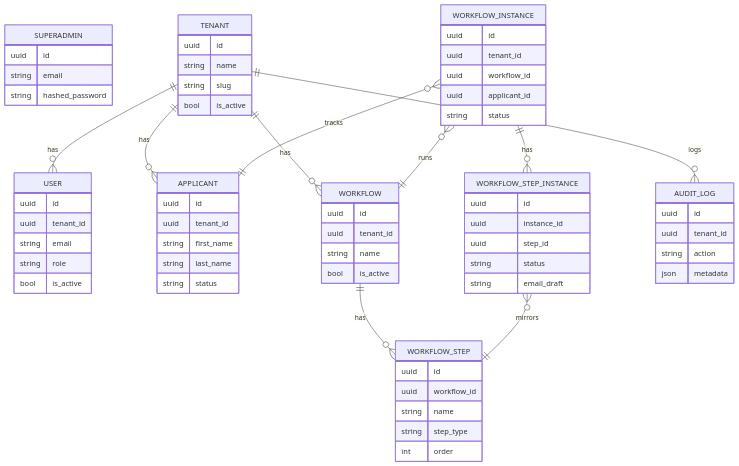
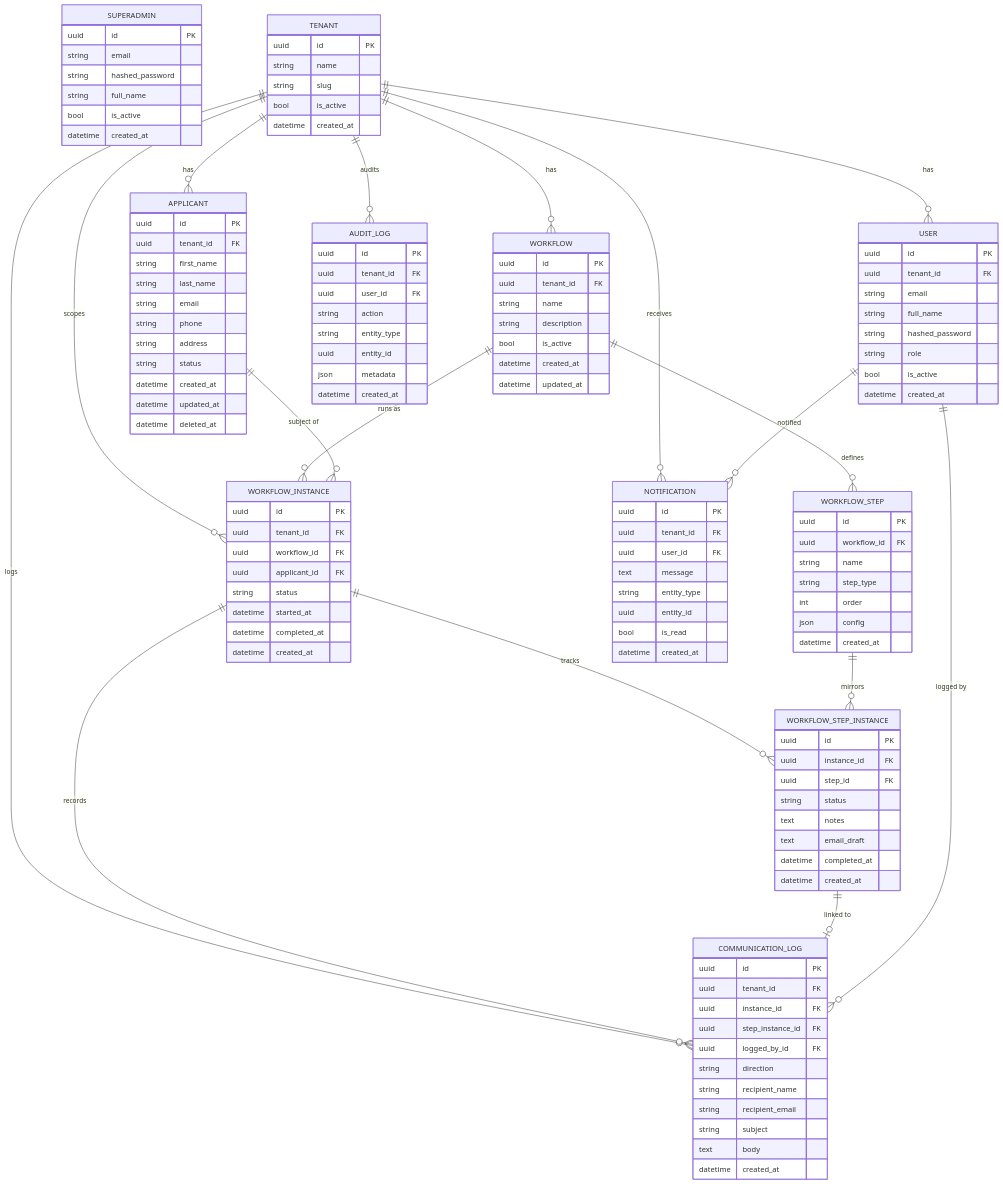
Before and after one commit to richh-s/Veriqo-: the second of 5 diagrams in README.md, drawn with Mermaid. The commit also changed other lines of this file, not shown here.

Commit message:
update arch diagram

````diff
--- a/README.md
+++ b/README.md
@@ -92,79 +94,139 @@
 ```mermaid
 erDiagram
     SUPERADMIN {
-        uuid id
+        uuid id PK
         string email
         string hashed_password
+        string full_name
+        bool is_active
+        datetime created_at
     }
 
     TENANT {
-        uuid id
+        uuid id PK
         string name
         string slug
         bool is_active
+        datetime created_at
     }
 
     USER {
-        uuid id
-        uuid tenant_id
+        uuid id PK
+        uuid tenant_id FK
         string email
+        string full_name
+        string hashed_password
         string role
         bool is_active
+        datetime created_at
     }
 
     APPLICANT {
-        uuid id
-        uuid tenant_id
+        uuid id PK
+        uuid tenant_id FK
         string first_name
         string last_name
+        string email
+        string phone
+        string address
         string status
+        datetime created_at
+        datetime updated_at
+        datetime deleted_at
     }
 
     WORKFLOW {
-        uuid id
-        uuid tenant_id
+        uuid id PK
+        uuid tenant_id FK
         string name
+        string description
         bool is_active
+        datetime created_at
+        datetime updated_at
     }
 
     WORKFLOW_STEP {
-        uuid id
-        uuid workflow_id
+        uuid id PK
+        uuid workflow_id FK
         string name
         string step_type
         int order
+        json config
+        datetime created_at
     }
 
     WORKFLOW_INSTANCE {
-        uuid id
-        uuid tenant_id
-        uuid workflow_id
-        uuid applicant_id
+        uuid id PK
+        uuid tenant_id FK
+        uuid workflow_id FK
+        uuid applicant_id FK
         string status
+        datetime started_at
+        datetime completed_at
+        datetime created_at
     }
 
     WORKFLOW_STEP_INSTANCE {
-        uuid id
-        uuid instance_id
-        uuid step_id
+        uuid id PK
+        uuid instance_id FK
+        uuid step_id FK
         string status
-        string email_draft
+        text notes
+        text email_draft
+        datetime completed_at
+        datetime created_at
+    }
+
+    NOTIFICATION {
+        uuid id PK
+        uuid tenant_id FK
+        uuid user_id FK
+        text message
+        string entity_type
+        uuid entity_id
+        bool is_read
+        datetime created_at
+    }
+
+    COMMUNICATION_LOG {
+        uuid id PK
+        uuid tenant_id FK
+        uuid instance_id FK
+        uuid step_instance_id FK
+        uuid logged_by_id FK
+        string direction
+        string recipient_name
+        string recipient_email
+        string subject
+        text body
+        datetime created_at
     }
 
     AUDIT_LOG {
-        uuid id
-        uuid tenant_id
+        uuid id PK
+        uuid tenant_id FK
+        uuid user_id FK
         string action
+        string entity_type
+        uuid entity_id
         json metadata
+        datetime created_at
     }
 
     TENANT ||--o{ USER : "has"
     TENANT ||--o{ APPLICANT : "has"
     TENANT ||--o{ WORKFLOW : "has"
-    WORKFLOW ||--o{ WORKFLOW_STEP : "has"
-    WORKFLOW_INSTANCE }o--|| WORKFLOW : "runs"
-    WORKFLOW_INSTANCE }o--|| APPLICANT : "tracks"
-    WORKFLOW_INSTANCE ||--o{ WORKFLOW_STEP_INSTANCE : "has"
-    WORKFLOW_STEP_INSTANCE }o--|| WORKFLOW_STEP : "mirrors"
-    TENANT ||--o{ AUDIT_LOG : "logs"
+    TENANT ||--o{ WORKFLOW_INSTANCE : "scopes"
+    TENANT ||--o{ NOTIFICATION : "receives"
+    TENANT ||--o{ COMMUNICATION_LOG : "logs"
+    TENANT ||--o{ AUDIT_LOG : "audits"
+    WORKFLOW ||--o{ WORKFLOW_STEP : "defines"
+    WORKFLOW ||--o{ WORKFLOW_INSTANCE : "runs as"
+    APPLICANT ||--o{ WORKFLOW_INSTANCE : "subject of"
+    WORKFLOW_INSTANCE ||--o{ WORKFLOW_STEP_INSTANCE : "tracks"
+    WORKFLOW_INSTANCE ||--o{ COMMUNICATION_LOG : "records"
+    WORKFLOW_STEP ||--o{ WORKFLOW_STEP_INSTANCE : "mirrors"
+    WORKFLOW_STEP_INSTANCE ||--o| COMMUNICATION_LOG : "linked to"
+    USER ||--o{ COMMUNICATION_LOG : "logged by"
+    USER ||--o{ NOTIFICATION : "notified"
 ```
````
